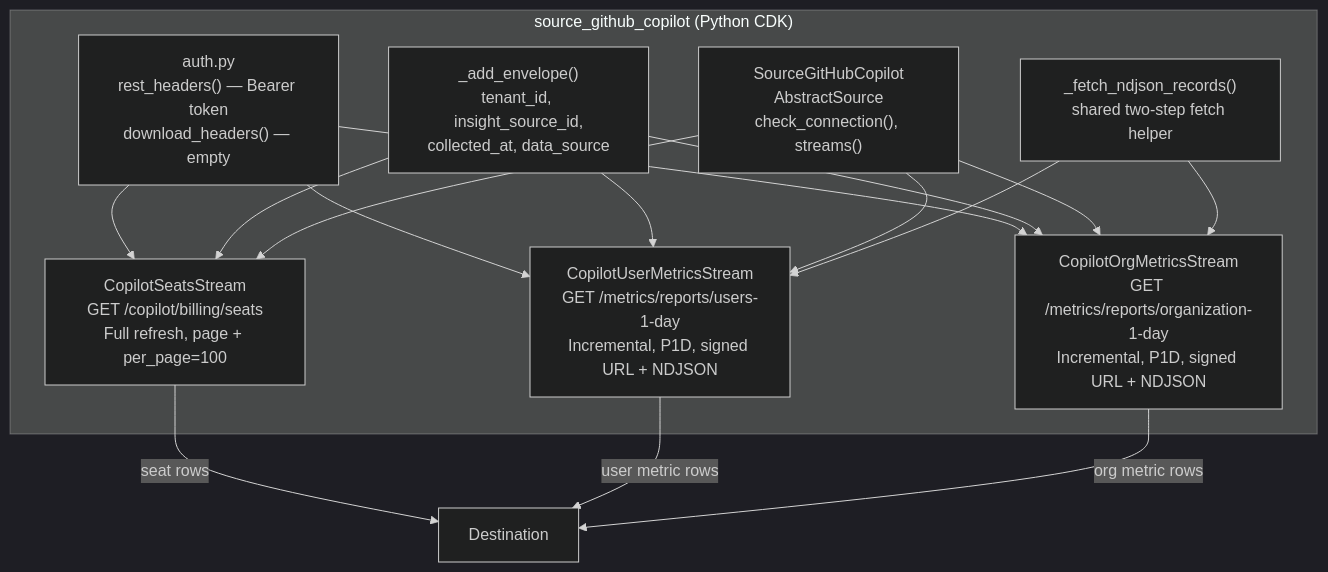
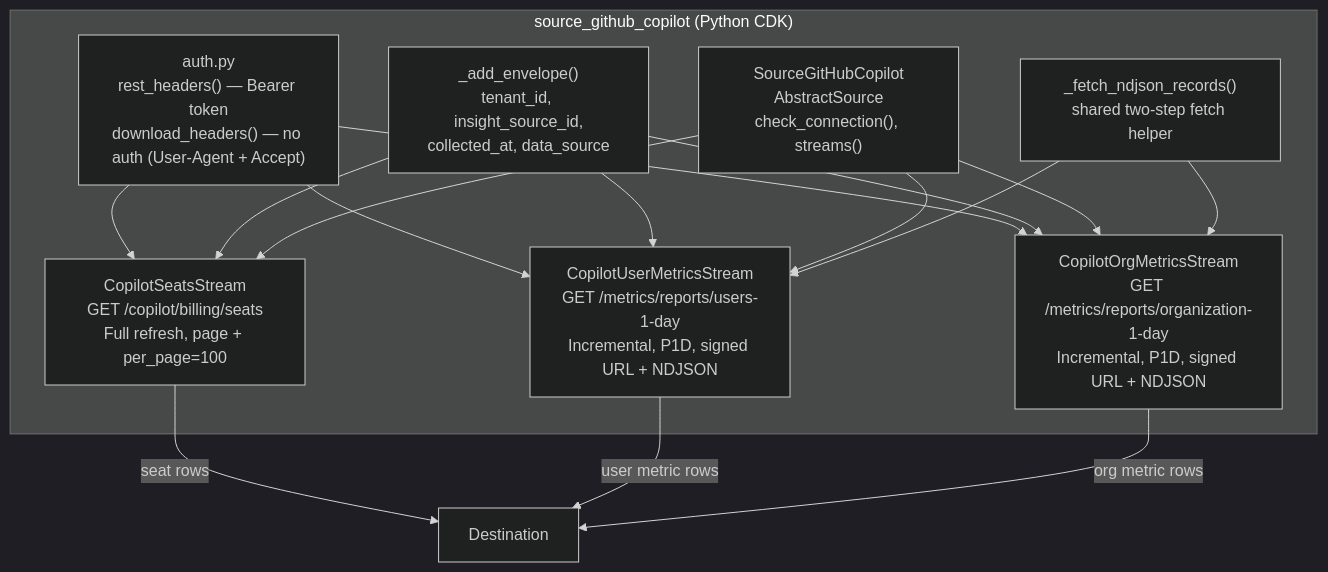
One commit to constructorfabric/insight changed the second of 3 diagrams in docs/components/connectors/ai/github-copilot/specs/DESIGN.md. Above: the diagram before and after it, drawn with Mermaid (dark theme). The commit also changed other lines of this file and 1 other file, not shown here.

````diff
--- a/docs/components/connectors/ai/github-copilot/specs/DESIGN.md
+++ b/docs/components/connectors/ai/github-copilot/specs/DESIGN.md
@@ -211,20 +211,20 @@
 ```mermaid
 graph TD
     subgraph Package["source_github_copilot (Python CDK)"]
-        Auth["auth.py<br/>rest_headers() — Bearer token<br/>download_headers() — empty"]
+        Auth["auth.py<br/>rest_headers() — Bearer token<br/>download_headers() — no auth (User-Agent + Accept)"]
         Inject["_add_envelope()<br/>tenant_id, insight_source_id,<br/>collected_at, data_source"]
         Source["SourceGitHubCopilot<br/>AbstractSource<br/>check_connection(), streams()"]
         S1["CopilotSeatsStream<br/>GET /copilot/billing/seats<br/>Full refresh, page + per_page=100"]
         S2["CopilotUserMetricsStream<br/>GET /metrics/reports/users-1-day<br/>Incremental, P1D, signed URL + NDJSON"]
         S3["CopilotOrgMetricsStream<br/>GET /metrics/reports/organization-1-day<br/>Incremental, P1D, signed URL + NDJSON"]
         Fetcher["_fetch_ndjson_records()<br/>shared two-step fetch helper"]
         Auth --> S1 & S2 & S3
         Inject --> S1 & S2 & S3
         Source --> S1 & S2 & S3
         Fetcher --> S2 & S3
     end
 
     S1 -->|"seat rows"| Dest["Destination"]
     S2 -->|"user metric rows"| Dest
     S3 -->|"org metric rows"| Dest
 ```
````
